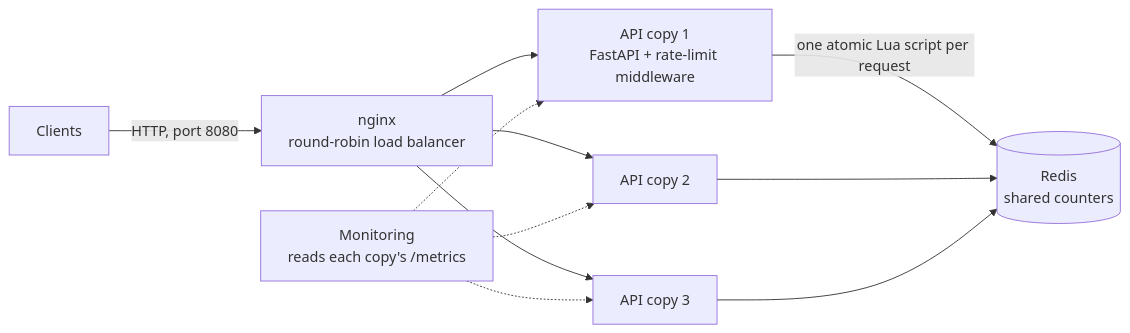
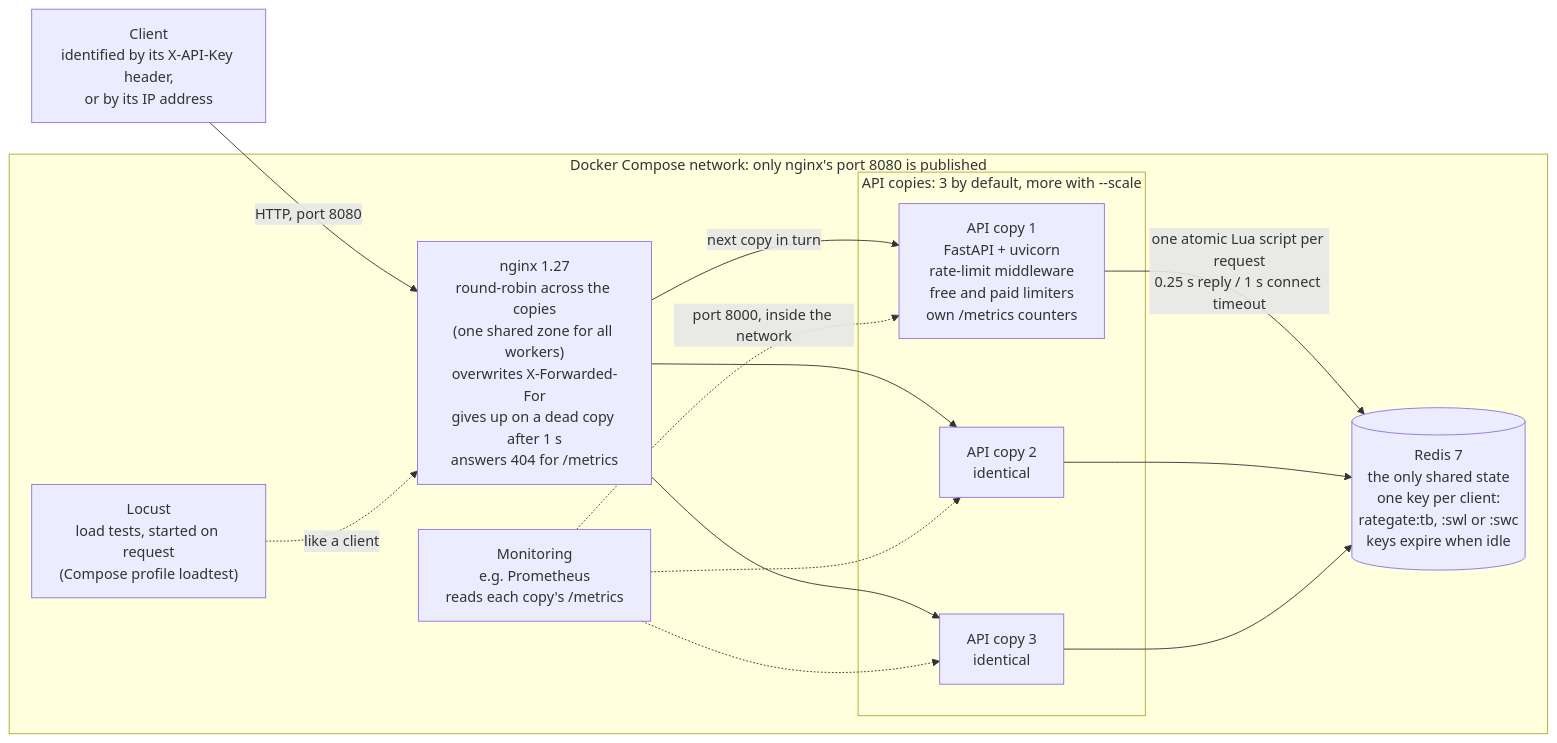
Before and after one commit to diyalibiswas1998/RateGate: the first of 3 diagrams in README.md, drawn with Mermaid. The commit also changed other lines of this file, not shown here.

First line of the commit message:
README: three detailed architecture diagrams

````diff
--- a/README.md
+++ b/README.md
@@ -11,13 +13,31 @@
 ```mermaid
 flowchart LR
-    clients["Clients"] -->|"HTTP, port 8080"| nginx["nginx<br/>round-robin load balancer"]
-    nginx --> api1["API copy 1<br/>FastAPI + rate-limit middleware"]
-    nginx --> api2["API copy 2"]
-    nginx --> api3["API copy 3"]
-    api1 -->|"one atomic Lua script per request"| redis[("Redis<br/>shared counters")]
+    client["Client<br/>identified by its X-API-Key header,<br/>or by its IP address"]
+
+    subgraph network["Docker Compose network: only nginx's port 8080 is published"]
+        nginx["nginx 1.27<br/>round-robin across the copies<br/>(one shared zone for all workers)<br/>overwrites X-Forwarded-For<br/>gives up on a dead copy after 1 s<br/>answers 404 for /metrics"]
+
+        subgraph copies["API copies: 3 by default, more with --scale"]
+            api1["API copy 1<br/>FastAPI + uvicorn<br/>rate-limit middleware<br/>free and paid limiters<br/>own /metrics counters"]
+            api2["API copy 2<br/>identical"]
+            api3["API copy 3<br/>identical"]
+        end
+
+        redis[("Redis 7<br/>the only shared state<br/>one key per client:<br/>rategate:tb, :swl or :swc<br/>keys expire when idle")]
+
+        monitor["Monitoring<br/>e.g. Prometheus<br/>reads each copy's /metrics"]
+        locust["Locust<br/>load tests, started on request<br/>(Compose profile loadtest)"]
+    end
+
+    client -->|"HTTP, port 8080"| nginx
+    nginx -->|"next copy in turn"| api1
+    nginx --> api2
+    nginx --> api3
+    api1 -->|"one atomic Lua script per request<br/>0.25 s reply / 1 s connect timeout"| redis
     api2 --> redis
     api3 --> redis
-    monitor["Monitoring<br/>reads each copy's /metrics"] -.-> api1
+    monitor -.->|"port 8000, inside the network"| api1
     monitor -.-> api2
     monitor -.-> api3
+    locust -.->|"like a client"| nginx
 ```
````
